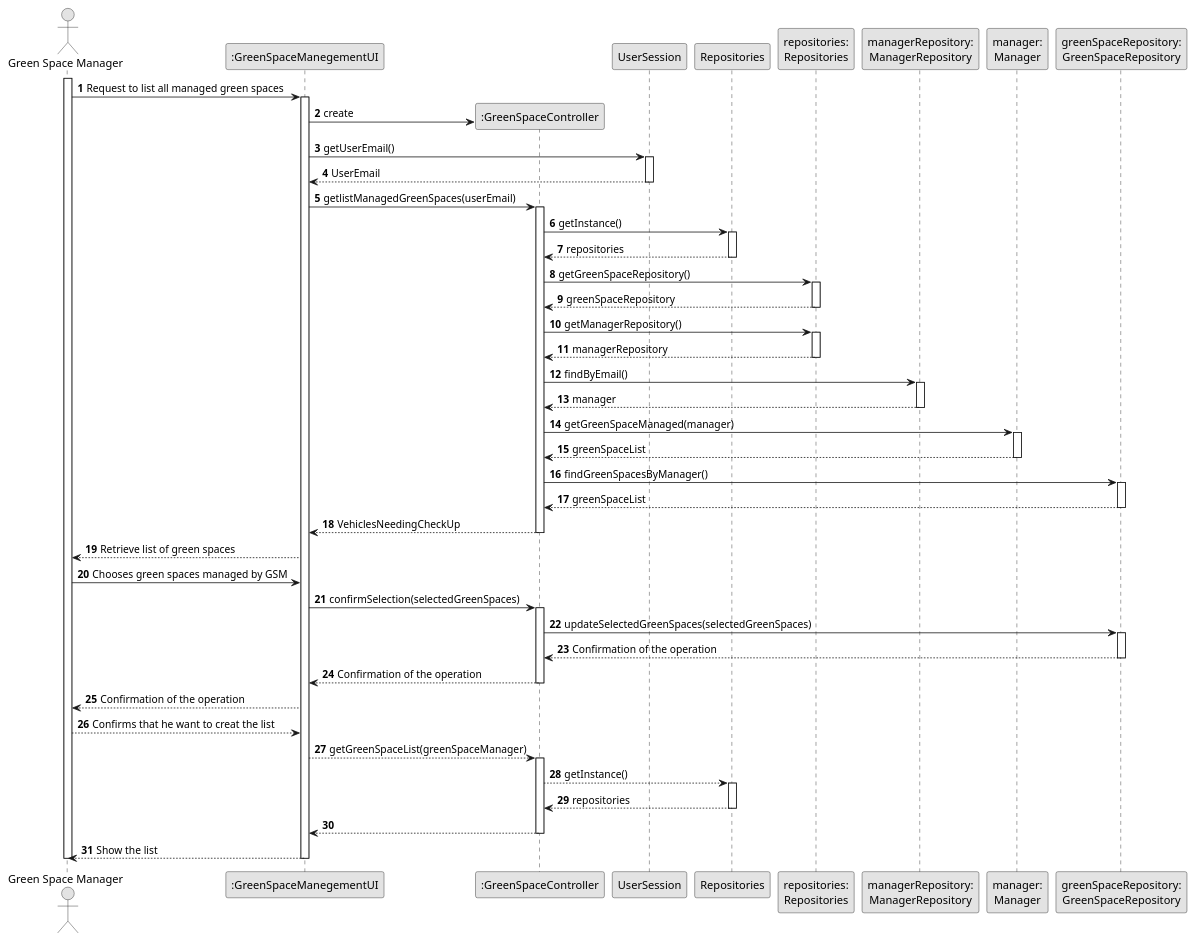
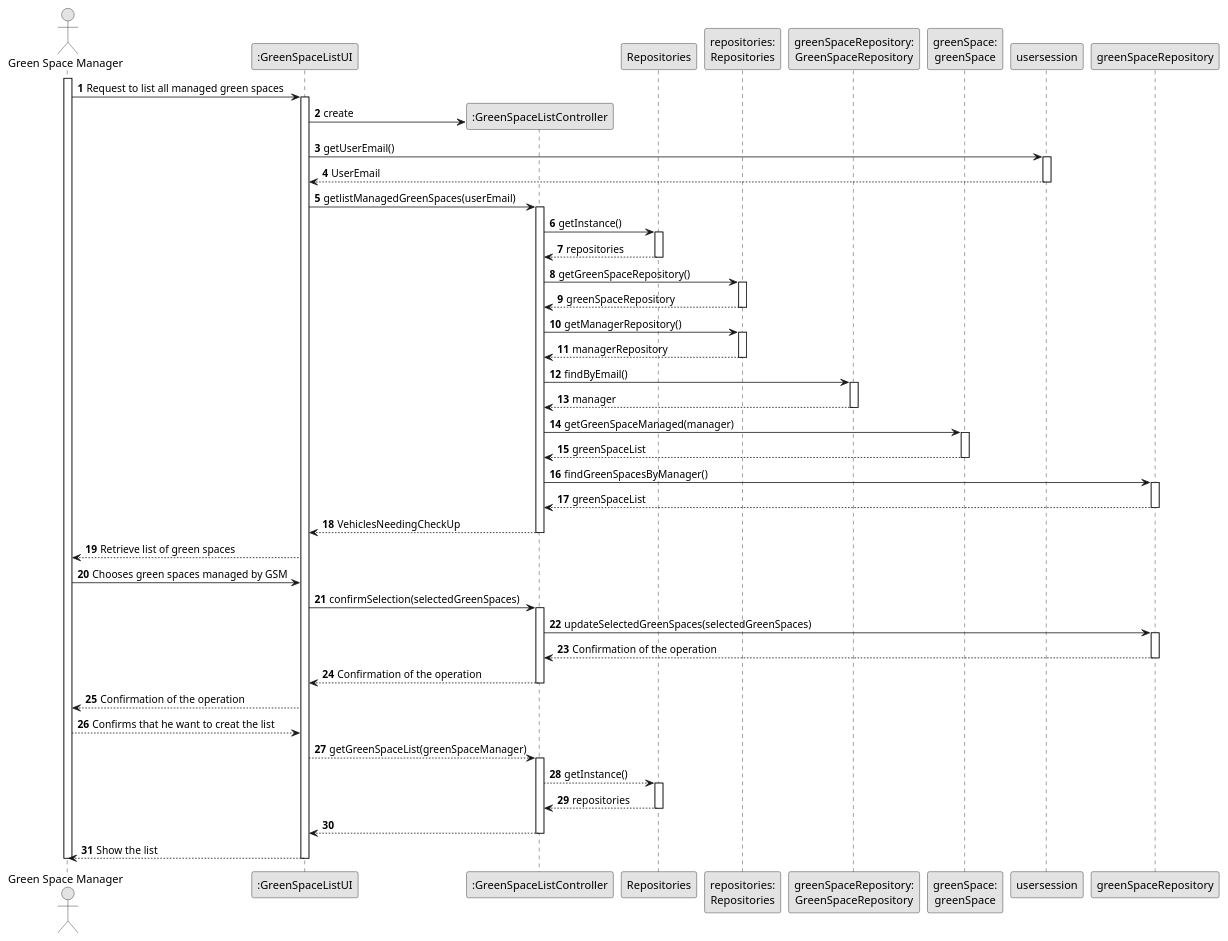
Before and after one commit to Departamento-de-Engenharia-Informatica/lei-24-s2-1df-1de-g063: the diagram in docs/SprintC/us27/03.design/puml/us027-sequence-diagram-full.puml, drawn with PlantUML. The commit also changed 1 other file, not shown here.

```diff
--- a/docs/SprintC/us27/03.design/puml/us027-sequence-diagram-full.puml
+++ b/docs/SprintC/us27/03.design/puml/us027-sequence-diagram-full.puml
@@ -1,126 +1,125 @@
 @startuml
 skinparam monochrome true
 skinparam packageStyle rectangle
 skinparam shadowing false
 
 autonumber
 
 'hide footbox
 actor "Green Space Manager" as VFM
-participant ":GreenSpaceManegementUI" as UI
-participant ":GreenSpaceController" as CTRL
-participant "UserSession" as usersession
+participant ":GreenSpaceListUI" as UI
+participant ":GreenSpaceListController" as CTRL
 participant "Repositories" as Rep
 participant "repositories:\nRepositories" as Repositories
-participant "managerRepository:\nManagerRepository" as VehicleRepository
-participant "manager:\nManager" as Vehicle
-participant "greenSpaceRepository:\nGreenSpaceRepository" as greenSpaceRepository
+participant "greenSpaceRepository:\nGreenSpaceRepository" as VehicleRepository
+participant "greenSpace:\ngreenSpace" as Vehicle
+
 
 activate VFM
 
 VFM -> UI : Request to list all managed green spaces
 
     activate UI
 
         UI -> CTRL** : create
 
         UI -> usersession : getUserEmail()
                activate usersession
 
         usersession --> UI : UserEmail
         deactivate usersession
 
 
         UI -> CTRL : getlistManagedGreenSpaces(userEmail)
         activate CTRL
 
             CTRL -> Rep : getInstance()
             activate Rep
 
                 Rep --> CTRL : repositories
             deactivate Rep
 
             CTRL -> Repositories : getGreenSpaceRepository()
             activate Repositories
 
             Repositories --> CTRL : greenSpaceRepository
             deactivate Repositories
 
 
             CTRL -> Repositories : getManagerRepository()
             activate Repositories
 
                 Repositories --> CTRL : managerRepository
             deactivate Repositories
 
             CTRL -> VehicleRepository : findByEmail()
                         activate VehicleRepository
 
                             VehicleRepository --> CTRL : manager
                         deactivate VehicleRepository
 
             CTRL -> Vehicle : getGreenSpaceManaged(manager)
                                     activate Vehicle
 
                                         Vehicle --> CTRL : greenSpaceList
                                     deactivate Vehicle
 
              CTRL -> "greenSpaceRepository" : findGreenSpacesByManager()
                                                 activate "greenSpaceRepository"
 
                                                     "greenSpaceRepository" --> CTRL : greenSpaceList
                                                 deactivate "greenSpaceRepository"
 
 
 
 
             CTRL --> UI : VehiclesNeedingCheckUp
         deactivate CTRL
 
         UI --> VFM : Retrieve list of green spaces
 
 
 
 VFM -> UI : Chooses green spaces managed by GSM
 
 
  UI -> CTRL : confirmSelection(selectedGreenSpaces)
         activate CTRL
 
         CTRL -> "greenSpaceRepository" : updateSelectedGreenSpaces(selectedGreenSpaces)
                                                         activate "greenSpaceRepository"
 
                                                             "greenSpaceRepository" --> CTRL : Confirmation of the operation
                                                         deactivate "greenSpaceRepository"
 
 
 
          CTRL --> UI : Confirmation of the operation
                 deactivate CTRL
 
 
 UI --> VFM : Confirmation of the operation
 
 VFM --> UI : Confirms that he want to creat the list
 
     UI --> CTRL : getGreenSpaceList(greenSpaceManager)
     activate CTRL
 
         CTRL --> Rep : getInstance()
         activate Rep
 
         Rep --> CTRL : repositories
         deactivate Rep
 
 
 
     CTRL --> UI :
     deactivate CTRL
 
 
 UI --> VFM : Show the list
 
 deactivate UI
 deactivate VFM
 
 @enduml
```
